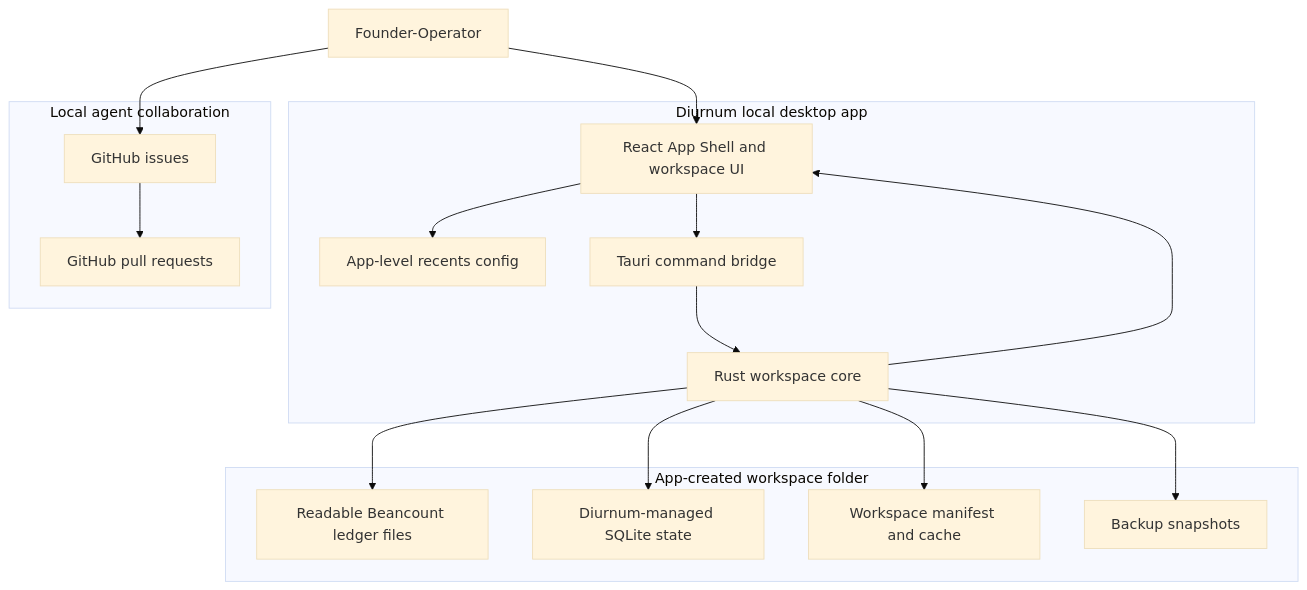
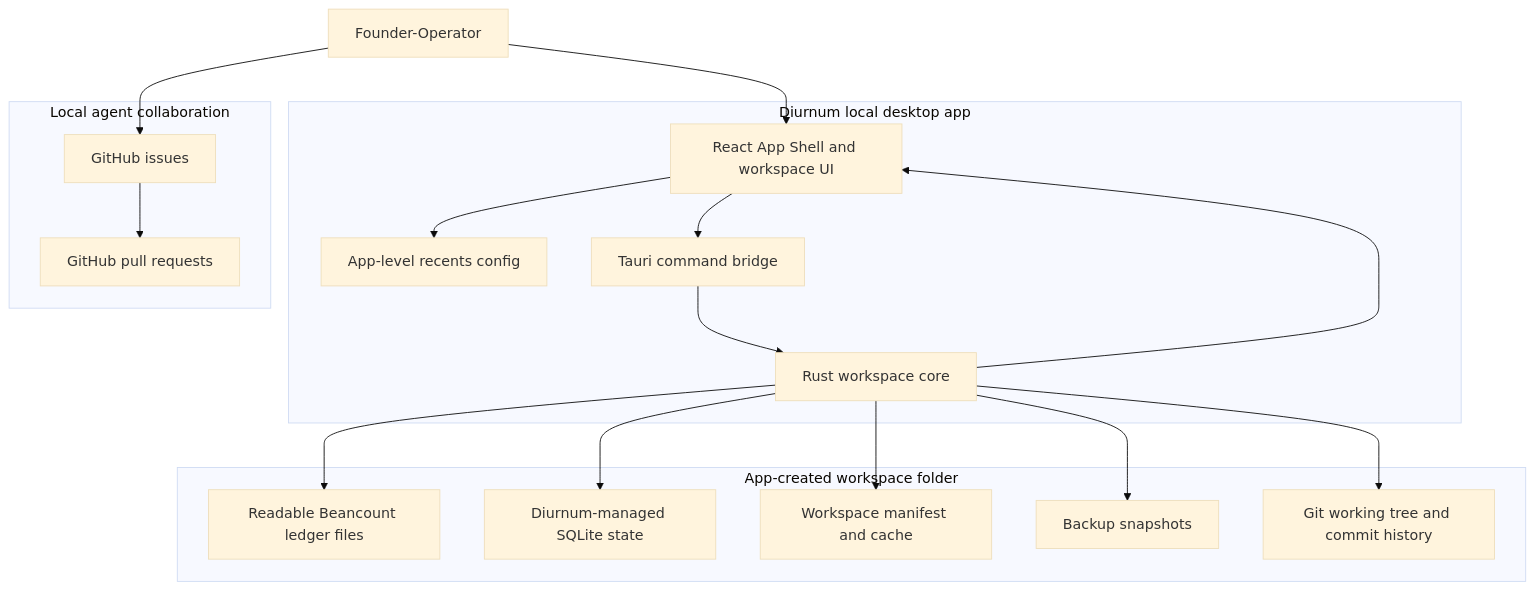
One commit to Diurnum-Dev/Diurnum changed the first of 4 diagrams in docs/architecture.md. Above: the diagram before and after it, drawn with Mermaid (base theme). The commit also changed other lines of this file and 16 other files, not shown here.

````diff
--- a/docs/architecture.md
+++ b/docs/architecture.md
@@ -7,35 +7,37 @@
 ```mermaid
 flowchart TB
   User[Founder-Operator]
 
   subgraph App[Diurnum local desktop app]
     UI[React App Shell and workspace UI]
     AppConfig[App-level recents config]
     Bridge[Tauri command bridge]
     Core[Rust workspace core]
   end
 
   subgraph Workspace[App-created workspace folder]
     Ledger[Readable Beancount ledger files]
     LocalState[Diurnum-managed SQLite state]
     Manifest[Workspace manifest and cache]
     Snapshots[Backup snapshots]
+    GitRepo[Git working tree and commit history]
   end
 
   subgraph Collaboration[Local agent collaboration]
     Issues[GitHub issues]
     PRs[GitHub pull requests]
   end
 
   User --> UI
   UI --> AppConfig
   UI --> Bridge
   Bridge --> Core
   Core --> Ledger
   Core --> LocalState
   Core --> Manifest
   Core --> Snapshots
+  Core --> GitRepo
   Core --> UI
   User --> Issues
   Issues --> PRs
 ```
````
